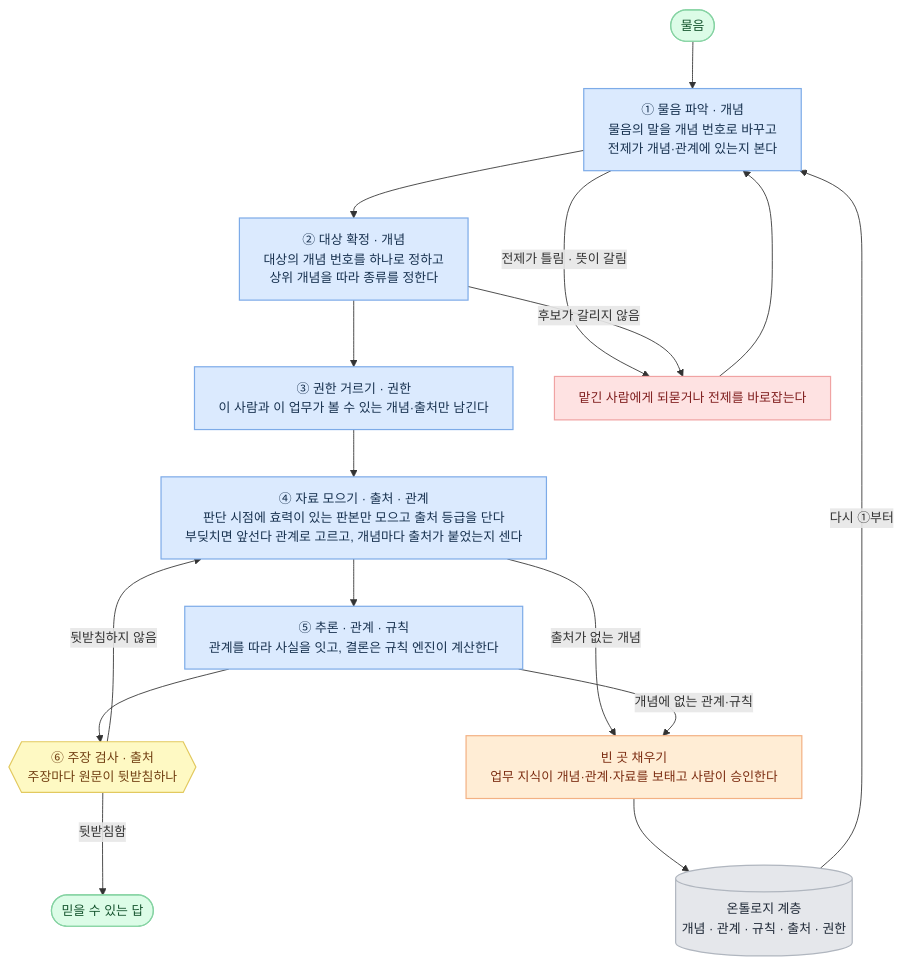
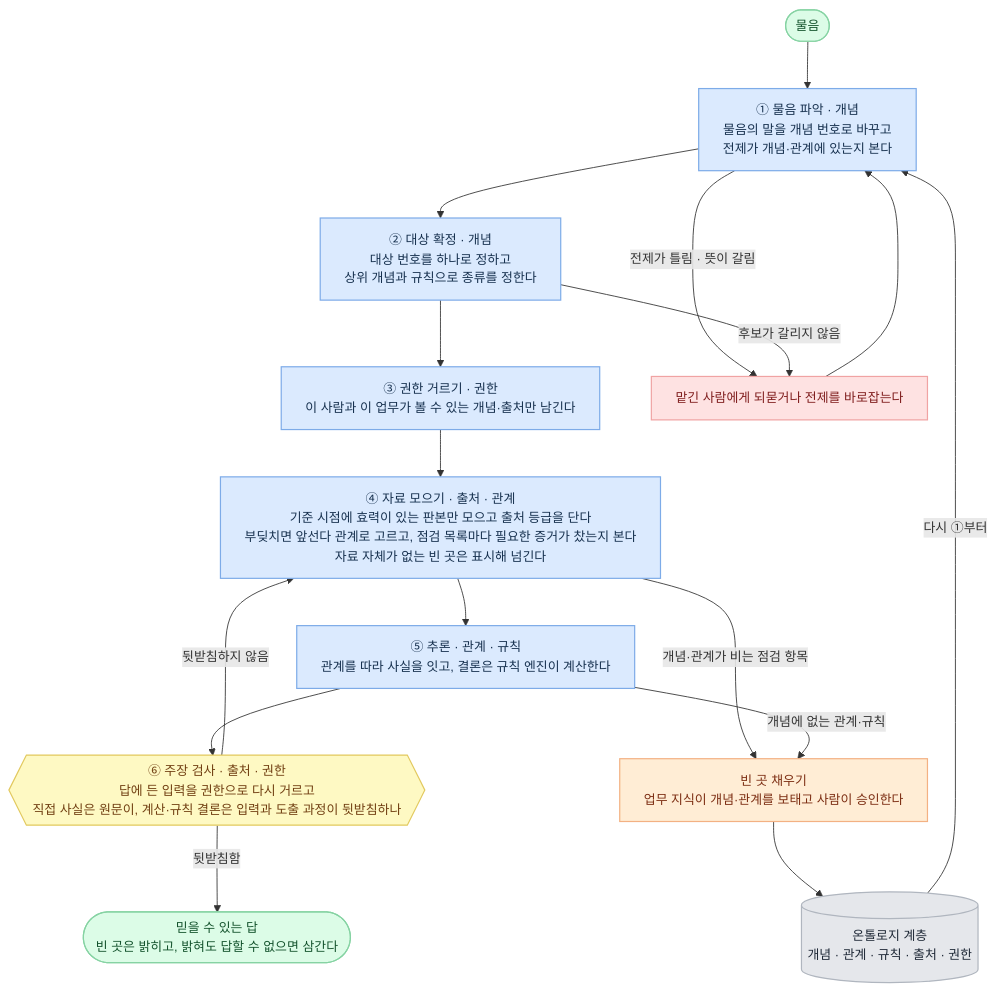
The seventh of 7 diagrams in 전문가 에이전트 정의 1.md (harisbaguette/expert), drawn with Mermaid before and after one commit. The commit also changed other lines of this file, not shown here.

First line of the commit message:
온톨로지 계층을 사람이 읽기 쉽게 다시 씀 (정의 1)

````diff
--- a/전문가 에이전트 정의 1.md
+++ b/전문가 에이전트 정의 1.md
@@ -1223,33 +1177,33 @@
 ```mermaid
 %%{init: {"flowchart": {"wrappingWidth": 640, "curve": "basis", "nodeSpacing": 45, "rankSpacing": 55, "padding": 14, "useMaxWidth": true}, "themeVariables": {"fontSize": "15px"}} }%%
 flowchart TB
     Q(["물음"]):::good
     P["① 물음 파악 · 개념<br/>물음의 말을 개념 번호로 바꾸고<br/>전제가 개념·관계에 있는지 본다"]:::main
-    T["② 대상 확정 · 개념<br/>대상의 개념 번호를 하나로 정하고<br/>상위 개념을 따라 종류를 정한다"]:::main
+    T["② 대상 확정 · 개념<br/>대상 번호를 하나로 정하고<br/>상위 개념과 규칙으로 종류를 정한다"]:::main
     R["③ 권한 거르기 · 권한<br/>이 사람과 이 업무가 볼 수 있는 개념·출처만 남긴다"]:::main
-    D["④ 자료 모으기 · 출처 · 관계<br/>판단 시점에 효력이 있는 판본만 모으고 출처 등급을 단다<br/>부딪치면 앞선다 관계로 고르고, 개념마다 출처가 붙었는지 센다"]:::main
+    D["④ 자료 모으기 · 출처 · 관계<br/>기준 시점에 효력이 있는 판본만 모으고 출처 등급을 단다<br/>부딪치면 앞선다 관계로 고르고, 점검 목록마다 필요한 증거가 찼는지 본다<br/>자료 자체가 없는 빈 곳은 표시해 넘긴다"]:::main
     I["⑤ 추론 · 관계 · 규칙<br/>관계를 따라 사실을 잇고, 결론은 규칙 엔진이 계산한다"]:::main
-    C{{"⑥ 주장 검사 · 출처<br/>주장마다 원문이 뒷받침하나"}}:::note
-    A(["믿을 수 있는 답"]):::good
+    C{{"⑥ 주장 검사 · 출처 · 권한<br/>답에 든 입력을 권한으로 다시 거르고<br/>직접 사실은 원문이, 계산·규칙 결론은 입력과 도출 과정이 뒷받침하나"}}:::note
+    A(["믿을 수 있는 답<br/>빈 곳은 밝히고, 밝혀도 답할 수 없으면 삼간다"]):::good
     ASK["맡긴 사람에게 되묻거나 전제를 바로잡는다"]:::stop
-    GAP["빈 곳 채우기<br/>업무 지식이 개념·관계·자료를 보태고 사람이 승인한다"]:::back
+    GAP["빈 곳 채우기<br/>업무 지식이 개념·관계를 보태고 사람이 승인한다"]:::back
     ONT[("온톨로지 계층<br/>개념 · 관계 · 규칙 · 출처 · 권한")]:::store
 
     Q --> P --> T --> R --> D --> I --> C
     C -- "뒷받침함" --> A
     P -- "전제가 틀림 · 뜻이 갈림" --> ASK
     T -- "후보가 갈리지 않음" --> ASK
     ASK --> P
     C -- "뒷받침하지 않음" --> D
-    D -- "출처가 없는 개념" --> GAP
+    D -- "개념·관계가 비는 점검 항목" --> GAP
     I -- "개념에 없는 관계·규칙" --> GAP
     GAP --> ONT
     ONT -- "다시 ①부터" --> P
 
     classDef main fill:#dbeafe,stroke:#7dabe8,stroke-width:1.4px,color:#17314f
     classDef stop fill:#fee2e2,stroke:#f0a3a3,stroke-width:1.4px,color:#7f1d1d
     classDef back fill:#ffedd5,stroke:#f3b183,stroke-width:1.4px,color:#7c2d12
     classDef store fill:#e5e7eb,stroke:#b0b6bf,stroke-width:1.4px,color:#1f2937
     classDef good fill:#dcfce7,stroke:#86d3a3,stroke-width:1.4px,color:#14532d
     classDef note fill:#fef9c3,stroke:#e2c95f,stroke-width:1.4px,color:#713f12
 ```
````
